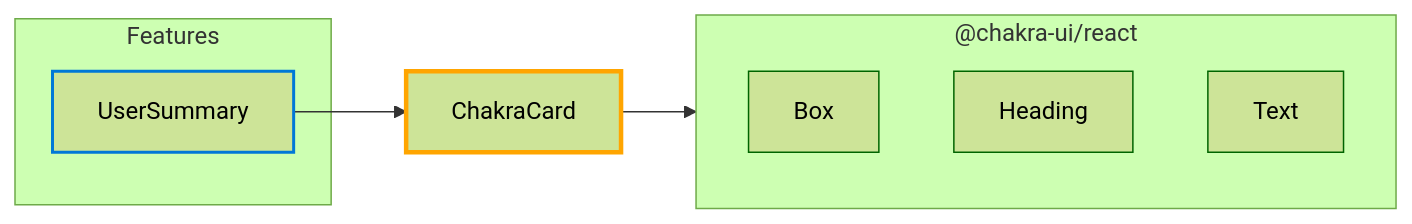
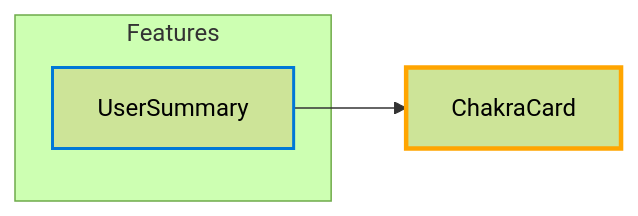
Before and after one commit to star4beam/react-package-analyzer: the diagram in test-project-import-analysis/hubs/ChakraCard.md, drawn with Mermaid (forest theme). The commit also changed other lines of this file and 9 other files, not shown here.

Commit message:
Fix: mermaid links, direct hub dependencies

````diff
--- a/test-project-import-analysis/hubs/ChakraCard.md
+++ b/test-project-import-analysis/hubs/ChakraCard.md
@@ -27,44 +15,27 @@
 ```mermaid
 flowchart LR
     %% Node styles
     classDef feature stroke:#0078d7,stroke-width:2px
     classDef currentHub stroke:#ffa500,stroke-width:3px
     classDef main stroke:#d04a02,stroke-width:2px
     classDef intermediate stroke:#7e6000,stroke-width:2px
     classDef base stroke:#006400,stroke-width:2px
     classDef component stroke:#006400,stroke-width:1px
 
     %% Link styles
     linkStyle default stroke:#333,stroke-width:1px
     %% Use different arrow styles for dependency types
     %% Direct: solid line, Indirect: dashed line, Both: thick solid line
 
     hub_ChakraCard["ChakraCard"]
     class hub_ChakraCard currentHub
 
     %% Features that use this hub (directly or indirectly)
     subgraph Features["Features"]
         feature_UserSummary["UserSummary"]
         class feature_UserSummary feature
     end
 
     feature_UserSummary --> hub_ChakraCard
-    click feature_UserSummary "../features/UserSummary.md" "Go to UserSummary feature"
-
     %% Direct hub-to-hub connections
-
-    %% Components directly used by this hub
-    subgraph pkg__chakra_ui_react["@chakra-ui/react"]
-        comp__chakra_ui_react_Box["Box"]
-        class comp__chakra_ui_react_Box component
-        comp__chakra_ui_react_Heading["Heading"]
-        class comp__chakra_ui_react_Heading component
-        comp__chakra_ui_react_Text["Text"]
-        class comp__chakra_ui_react_Text component
-    end
-    hub_ChakraCard --> pkg__chakra_ui_react
-    click comp__chakra_ui_react_Box "../components/@chakra-ui_react/Box.md" "Go to Box component"
-    click comp__chakra_ui_react_Heading "../components/@chakra-ui_react/Heading.md" "Go to Heading component"
-    click comp__chakra_ui_react_Text "../components/@chakra-ui_react/Text.md" "Go to Text component"
-
 ```
````
